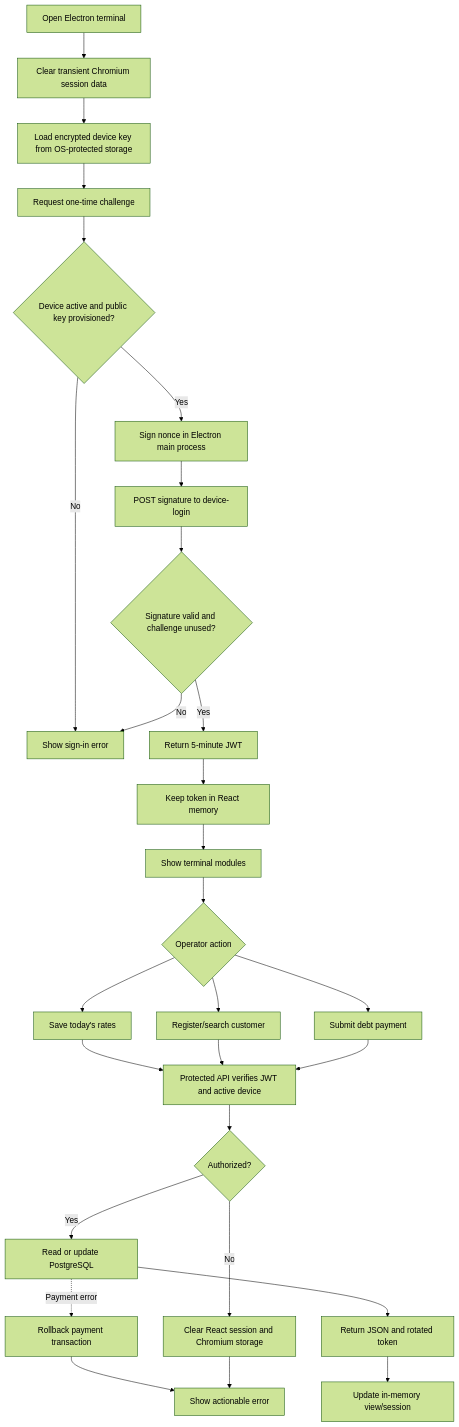
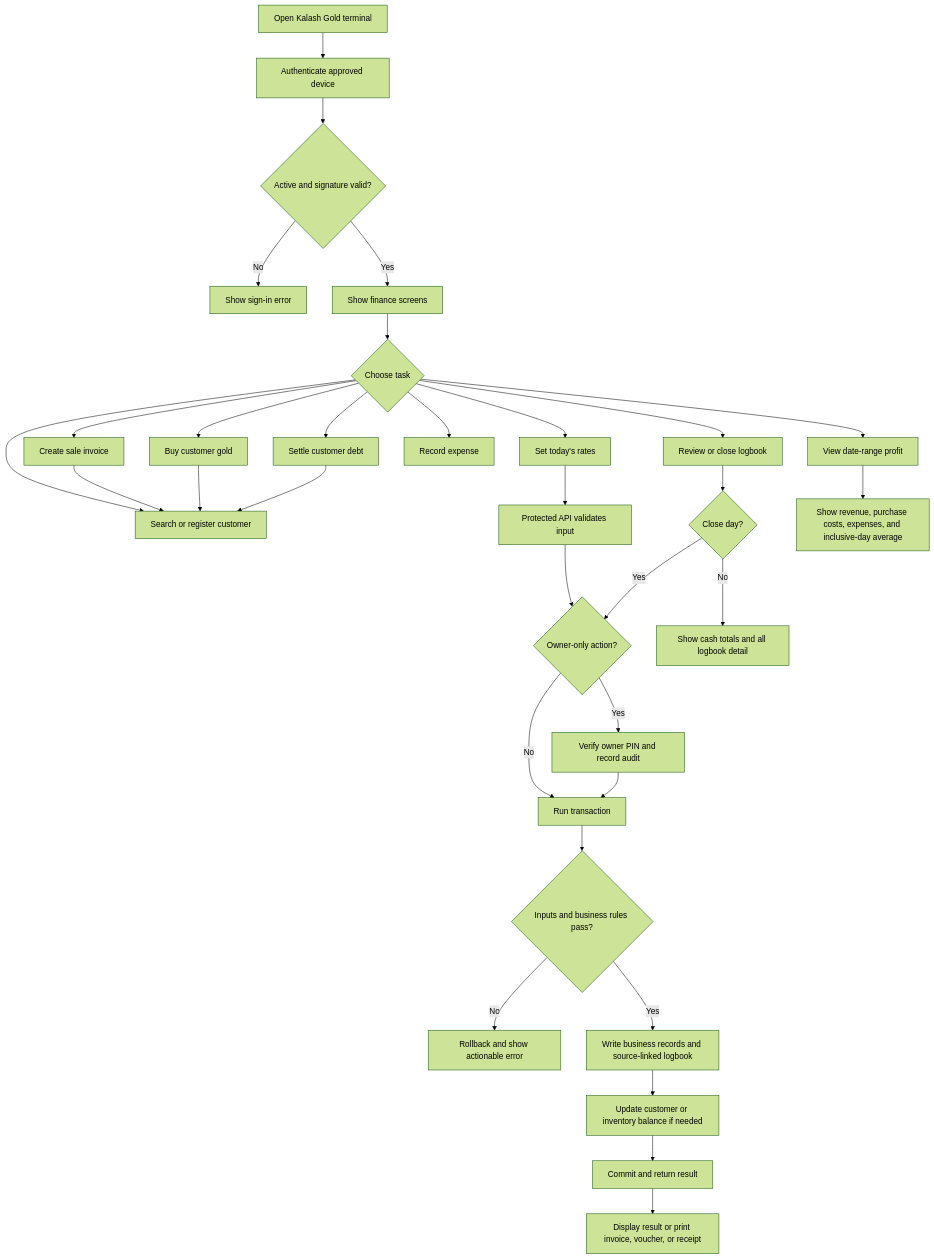
The diagram in docs/diagrams/main_flow.mmd (Varshihihihi21/gold_system), drawn with Mermaid (forest theme) before and after one commit. The commit also changed 32 other files, not shown here.

```diff
--- a/docs/diagrams/main_flow.mmd
+++ b/docs/diagrams/main_flow.mmd
@@ -1,28 +1,32 @@
 flowchart TD
-    A[Open Electron terminal] --> B[Clear transient Chromium session data]
-    B --> C[Load encrypted device key from OS-protected storage]
-    C --> D[Request one-time challenge]
-    D --> E{Device active and public key provisioned?}
-    E -- No --> F[Show sign-in error]
-    E -- Yes --> G[Sign nonce in Electron main process]
-    G --> H[POST signature to device-login]
-    H --> I{Signature valid and challenge unused?}
-    I -- No --> F
-    I -- Yes --> J[Return 5-minute JWT]
-    J --> K[Keep token in React memory]
-    K --> L[Show terminal modules]
-    L --> M{Operator action}
-    M --> N[Save today's rates]
-    M --> O[Register/search customer]
-    M --> P[Submit debt payment]
-    N --> Q[Protected API verifies JWT and active device]
-    O --> Q
-    P --> Q
-    Q --> R{Authorized?}
-    R -- No --> S[Clear React session and Chromium storage]
-    R -- Yes --> T[Read or update PostgreSQL]
-    T --> U[Return JSON and rotated token]
-    U --> V[Update in-memory view/session]
-    T -. Payment error .-> W[Rollback payment transaction]
-    W --> X[Show actionable error]
-    S --> X
+    A[Open Kalash Gold terminal] --> B[Authenticate approved device]
+    B --> C{Active and signature valid?}
+    C -- No --> D[Show sign-in error]
+    C -- Yes --> E[Show finance screens]
+    E --> F{Choose task}
+    F --> G[Set today's rates]
+    F --> H[Search or register customer]
+    F --> I[Create sale invoice]
+    F --> J[Buy customer gold]
+    F --> K[Settle customer debt]
+    F --> L[Record expense]
+    F --> M[Review or close logbook]
+    F --> N[View date-range profit]
+    G --> O[Protected API validates input]
+    I --> H
+    J --> H
+    K --> H
+    O --> P{Owner-only action?}
+    P -- Yes --> Q[Verify owner PIN and record audit]
+    P -- No --> R[Run transaction]
+    Q --> R
+    R --> S{Inputs and business rules pass?}
+    S -- No --> T[Rollback and show actionable error]
+    S -- Yes --> U[Write business records and source-linked logbook]
+    U --> V[Update customer or inventory balance if needed]
+    V --> W[Commit and return result]
+    W --> X[Display result or print invoice, voucher, or receipt]
+    M --> Y{Close day?}
+    Y -- Yes --> P
+    Y -- No --> Z[Show cash totals and all logbook detail]
+    N --> AA[Show revenue, purchase costs, expenses, and inclusive-day average]
```
